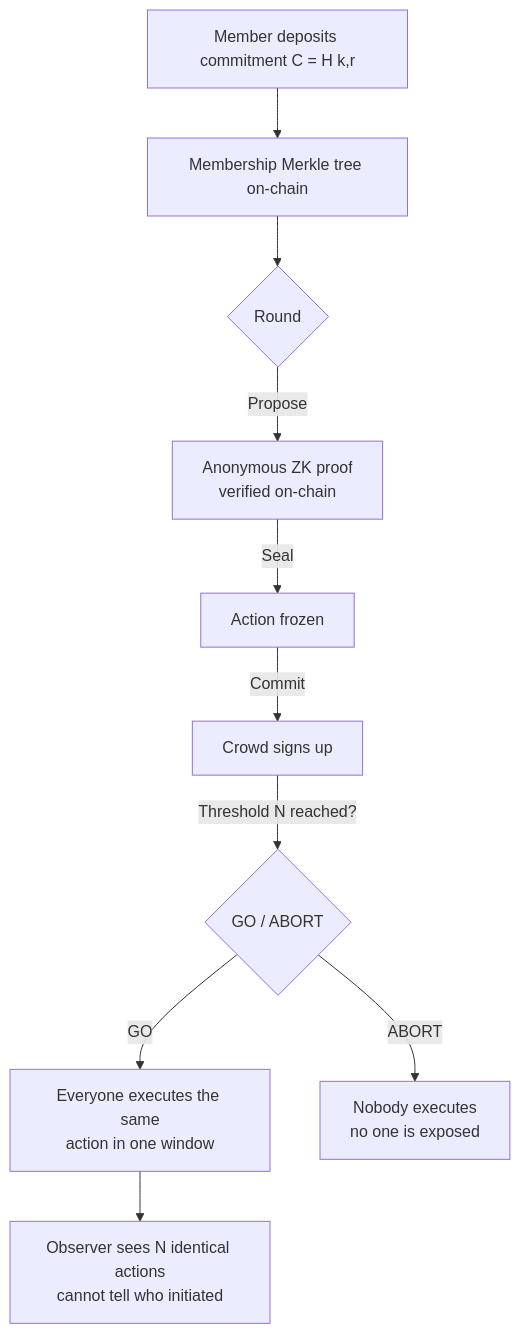
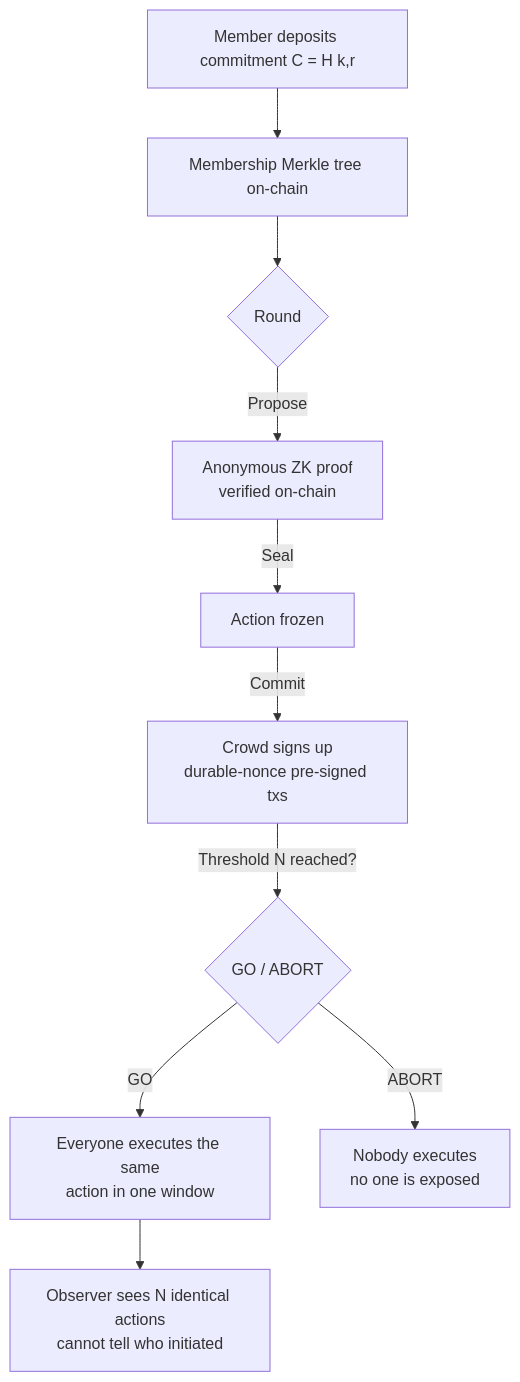
Before and after one commit to ilanfds/mirror-pool: the diagram in README.md, drawn with Mermaid. The commit also changed other lines of this file and 3 other files, not shown here.

````diff
--- a/README.md
+++ b/README.md
@@ -33,12 +45,12 @@
 ```mermaid
 flowchart TD
     A[Member deposits commitment C = H k,r] --> B[Membership Merkle tree on-chain]
     B --> C{Round}
     C -->|Propose| D[Anonymous ZK proof<br/>verified on-chain]
     D -->|Seal| E[Action frozen]
-    E -->|Commit| F[Crowd signs up]
+    E -->|Commit| F[Crowd signs up<br/>durable-nonce pre-signed txs]
     F -->|Threshold N reached?| G{GO / ABORT}
     G -->|GO| H[Everyone executes the same<br/>action in one window]
     G -->|ABORT| I[Nobody executes<br/>no one is exposed]
     H --> J[Observer sees N identical actions<br/>cannot tell who initiated]
 ```
````
